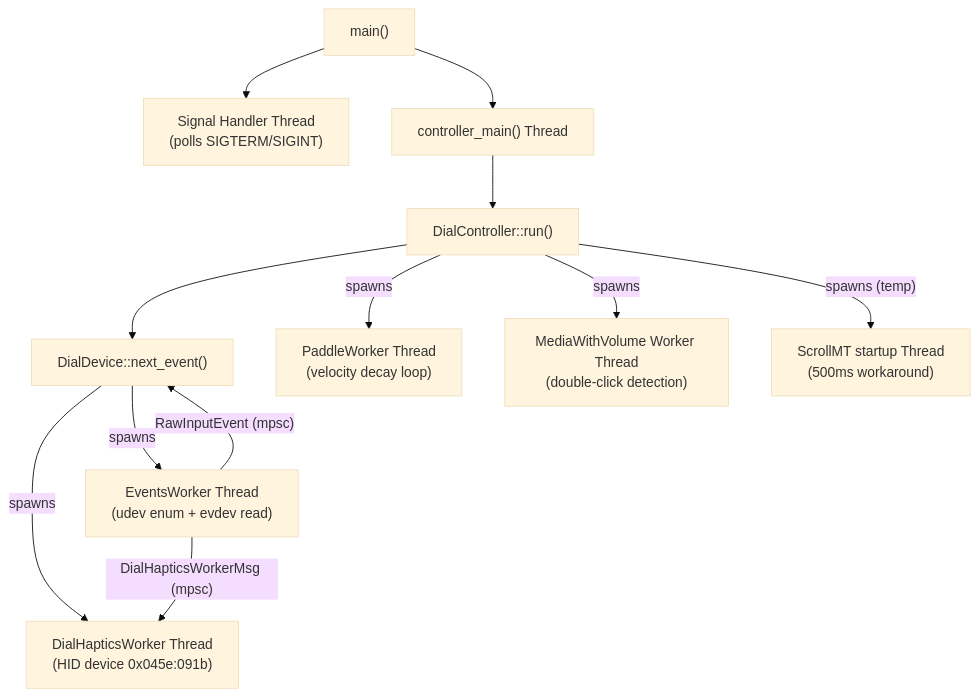
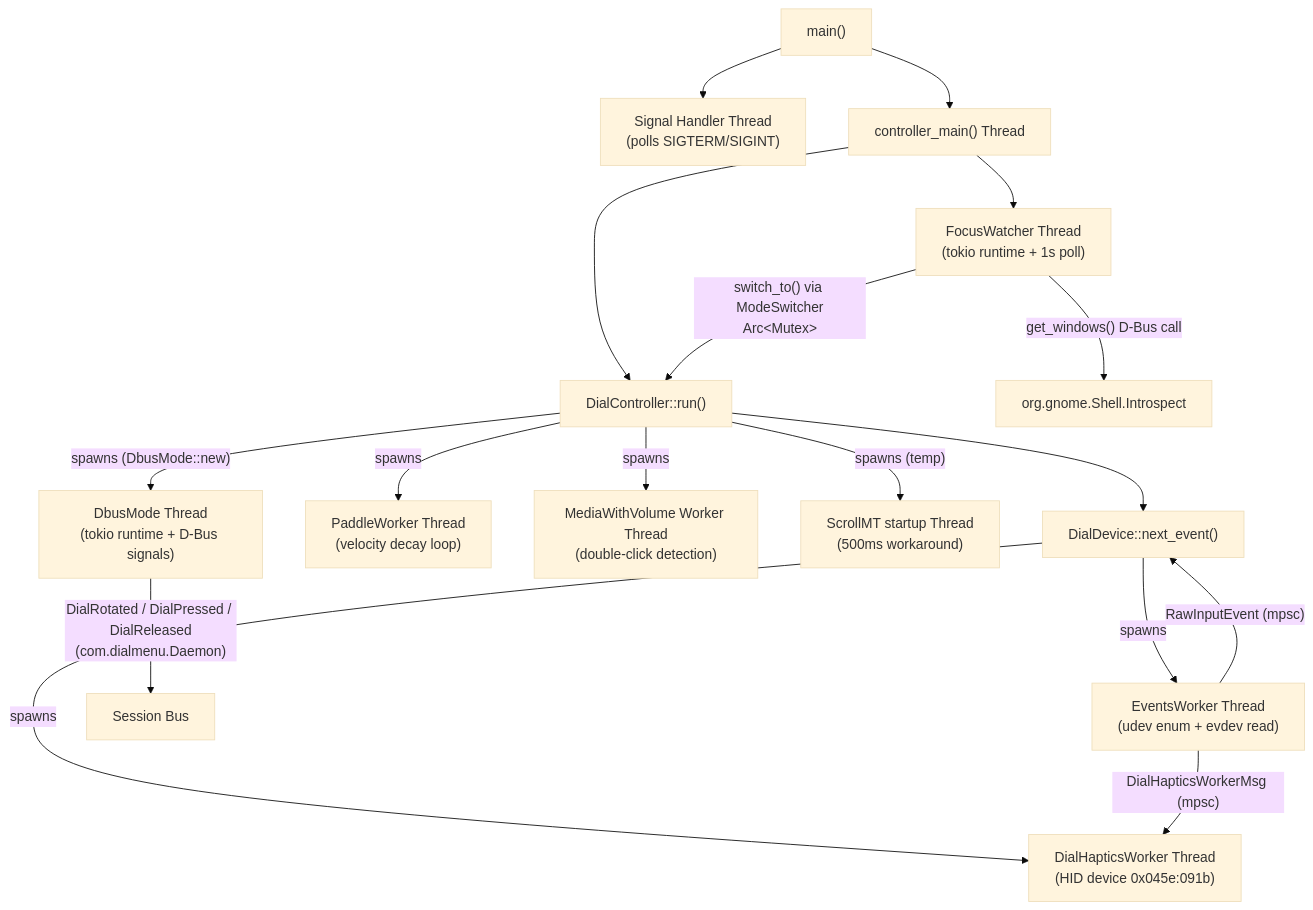
One commit to specis/surface-dial-linux changed the second of 5 diagrams in docs/architecture.md. Above: the diagram before and after it, drawn with Mermaid (base theme). The commit also changed other lines of this file and 1 other file, not shown here.

````diff
--- a/docs/architecture.md
+++ b/docs/architecture.md
@@ -310,18 +369,24 @@
 ```mermaid
 graph TD
     main["main()"] --> sig["Signal Handler Thread\n(polls SIGTERM/SIGINT)"]
     main --> ctrl["controller_main() Thread"]
 
+    ctrl --> fw["FocusWatcher Thread\n(tokio runtime + 1s poll)"]
     ctrl --> dc["DialController::run()"]
     dc --> dd["DialDevice::next_event()"]
 
     dd -->|"spawns"| ew["EventsWorker Thread\n(udev enum + evdev read)"]
     dd -->|"spawns"| hw["DialHapticsWorker Thread\n(HID device 0x045e:091b)"]
 
     ew -->|"RawInputEvent (mpsc)"| dd
     ew -->|"DialHapticsWorkerMsg (mpsc)"| hw
 
     dc -->|"spawns"| pw["PaddleWorker Thread\n(velocity decay loop)"]
     dc -->|"spawns"| mw["MediaWithVolume Worker Thread\n(double-click detection)"]
     dc -->|"spawns (temp)"| sw["ScrollMT startup Thread\n(500ms workaround)"]
+    dc -->|"spawns (DbusMode::new)"| db["DbusMode Thread\n(tokio runtime + D-Bus signals)"]
+
+    fw -->|"switch_to() via ModeSwitcher\nArc&lt;Mutex&gt;"| dc
+    fw -->|"get_windows() D-Bus call"| gs["org.gnome.Shell.Introspect"]
+    db -->|"DialRotated / DialPressed / DialReleased\n(com.dialmenu.Daemon)"| dbus["Session Bus"]
 ```
````
